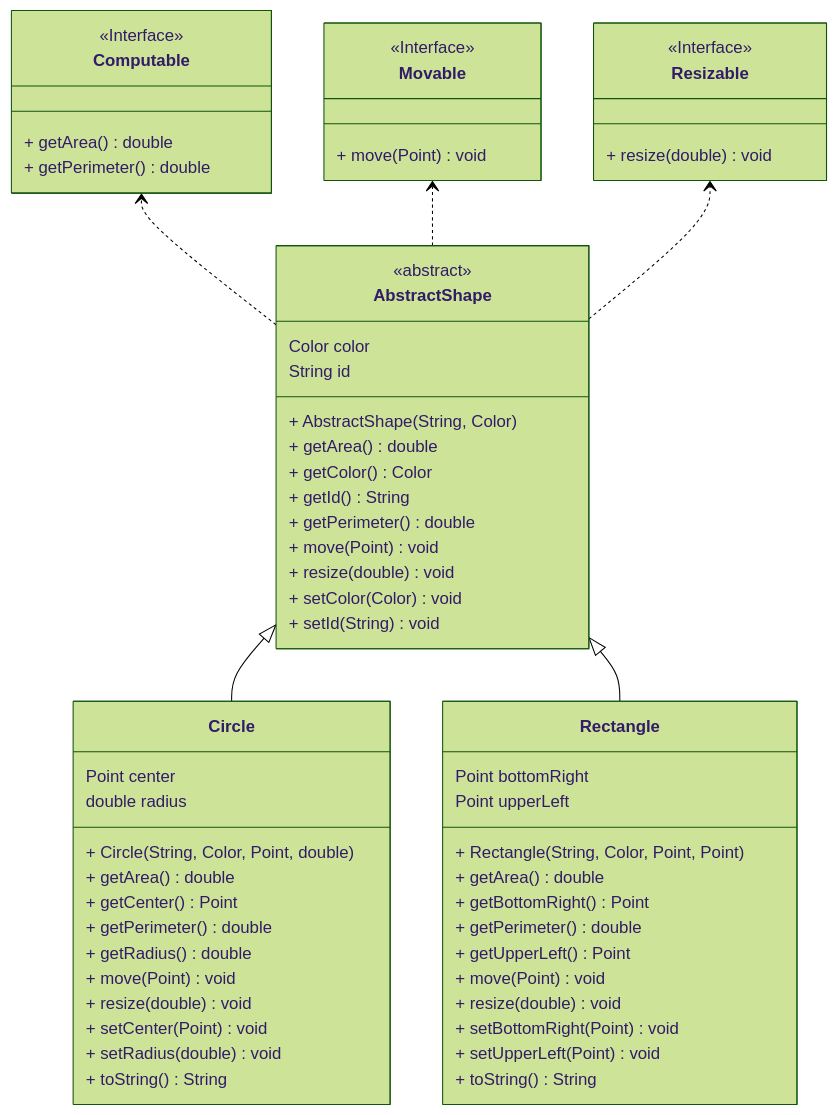
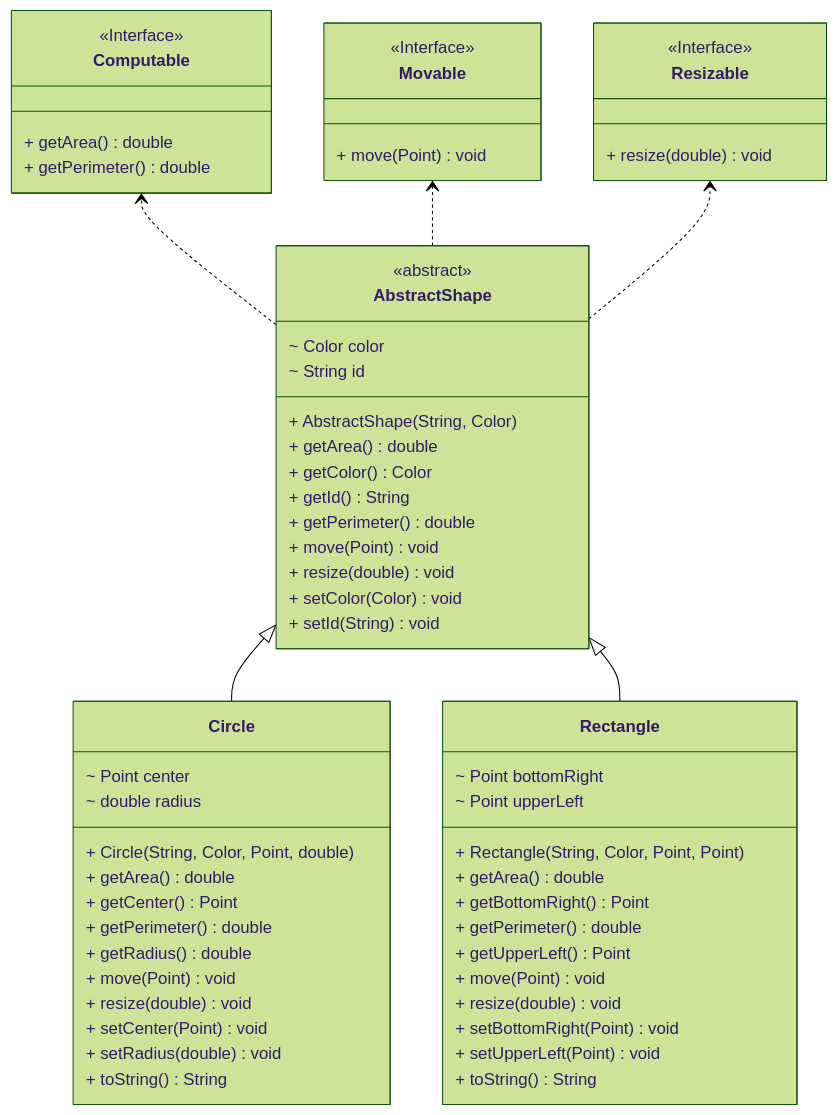
One commit to nbicocchi/learn-java-core changed the fourth of 6 diagrams in src/main/java/com/nbicocchi/exercises/oop/README.md. Above: the diagram before and after it, drawn with Mermaid (forest theme). The commit also changed other lines of this file and 12 other files, not shown here.

````diff
--- a/src/main/java/com/nbicocchi/exercises/oop/README.md
+++ b/src/main/java/com/nbicocchi/exercises/oop/README.md
@@ -169,65 +294,65 @@
 ```mermaid
 classDiagram
 direction BT
 class AbstractShape {
   <<abstract>>
-  Color color
-  String id
+  ~ Color color
+  ~ String id
   + AbstractShape(String, Color) 
   + getArea() double
   + getColor() Color
   + getId() String
   + getPerimeter() double
   + move(Point) void
   + resize(double) void
   + setColor(Color) void
   + setId(String) void
 }
 class Circle {
-  Point center
-  double radius
+  ~ Point center
+  ~ double radius
   + Circle(String, Color, Point, double) 
   + getArea() double
   + getCenter() Point
   + getPerimeter() double
   + getRadius() double
   + move(Point) void
   + resize(double) void
   + setCenter(Point) void
   + setRadius(double) void
   + toString() String
 }
 class Rectangle {
-  Point bottomRight
-  Point upperLeft
+  ~ Point bottomRight
+  ~ Point upperLeft
   + Rectangle(String, Color, Point, Point) 
   + getArea() double
   + getBottomRight() Point
   + getPerimeter() double
   + getUpperLeft() Point
   + move(Point) void
   + resize(double) void
   + setBottomRight(Point) void
   + setUpperLeft(Point) void
   + toString() String
 }
 class Computable {
   <<Interface>>
   + getArea() double
   + getPerimeter() double
 }
 class Movable {
   <<Interface>>
   + move(Point) void
 }
 class Resizable {
   <<Interface>>
   + resize(double) void
 }
 
 AbstractShape  ..>  Computable 
 AbstractShape  ..>  Movable 
 AbstractShape  ..>  Resizable 
 Circle  --|>  AbstractShape 
 Rectangle  --|>  AbstractShape 
 ```
````
